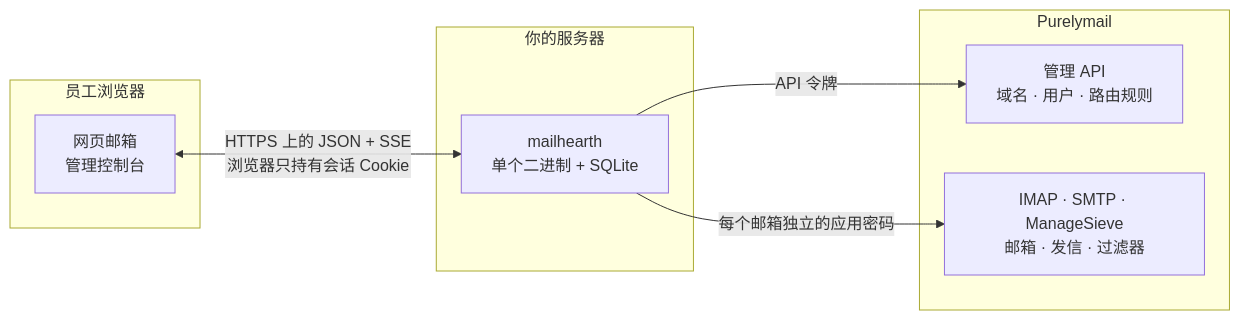
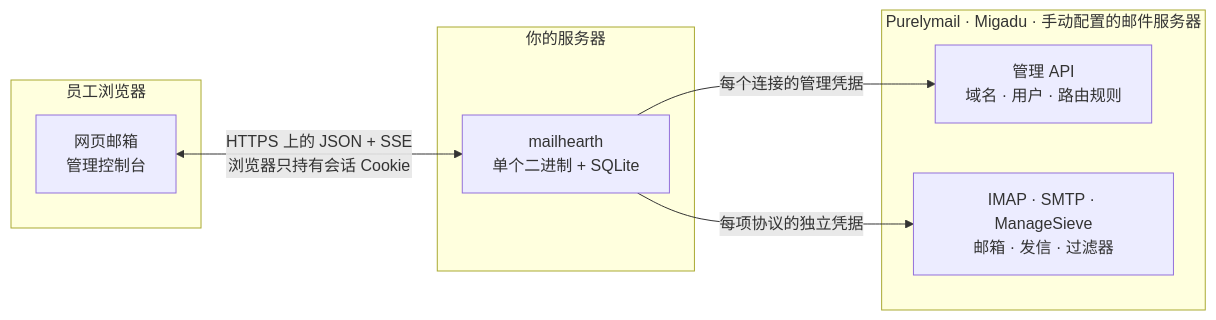
One commit to yll682/Mailhearth changed the diagram in README.zh-CN.md. Above: the diagram before and after it, drawn with Mermaid. The commit also changed other lines of this file and 184 other files, not shown here.

````diff
--- a/README.zh-CN.md
+++ b/README.zh-CN.md
@@ -13,17 +12,17 @@
 ```mermaid
 flowchart LR
     subgraph browser["员工浏览器"]
         SPA["网页邮箱<br/>管理控制台"]
     end
     subgraph host["你的服务器"]
         APP["mailhearth<br/>单个二进制 + SQLite"]
     end
-    subgraph pm["Purelymail"]
+    subgraph pm["Purelymail · Migadu · 手动配置的邮件服务器"]
         API["管理 API<br/>域名 · 用户 · 路由规则"]
         MAIL["IMAP · SMTP · ManageSieve<br/>邮箱 · 发信 · 过滤器"]
     end
 
     SPA <-->|"HTTPS 上的 JSON + SSE<br/>浏览器只持有会话 Cookie"| APP
-    APP -->|"API 令牌"| API
-    APP -->|"每个邮箱独立的应用密码"| MAIL
+    APP -->|"每个连接的管理凭据"| API
+    APP -->|"每项协议的独立凭据"| MAIL
 ```
````
